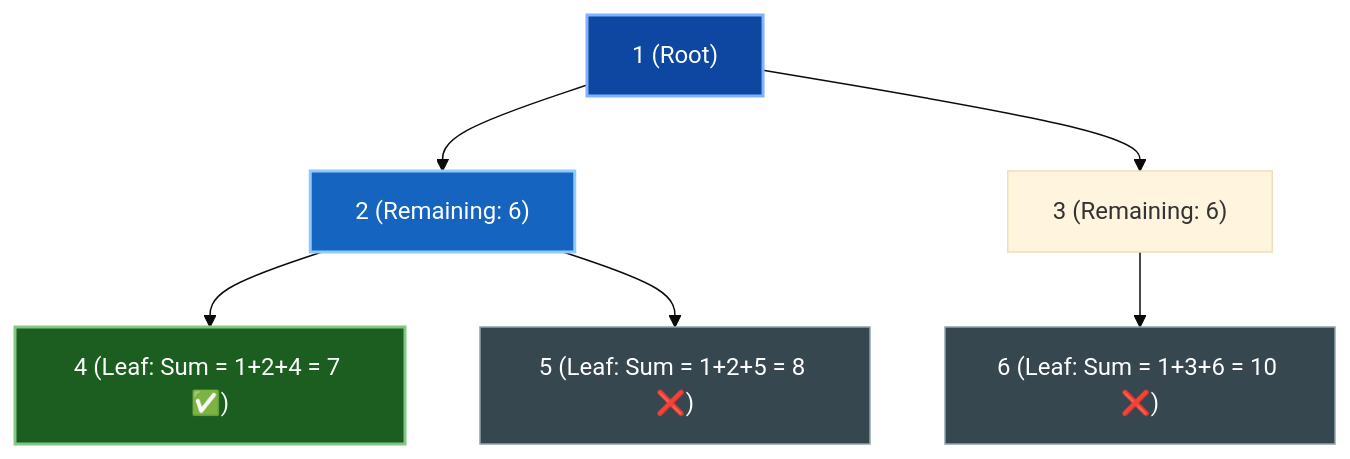
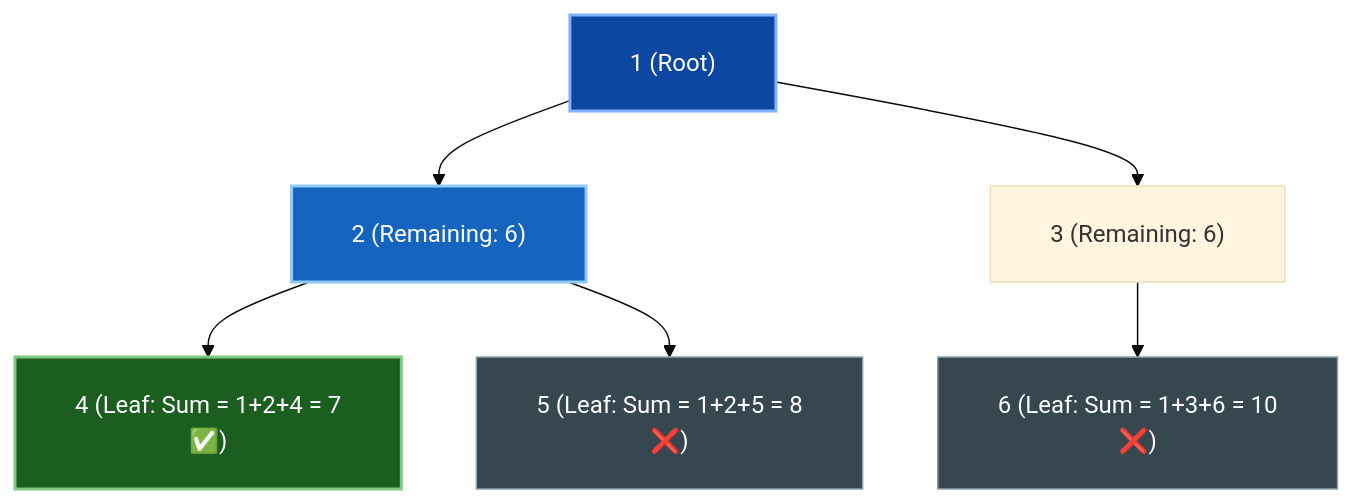
Before and after one commit to dip4k/DSA_102: diagram 16 of 25 in week_07_trees_and_balanced_search_trees/Week_07_Visual_Concepts_Playbook_HYBRID.md, drawn with Mermaid (base theme). The commit also changed other lines of this file and 108 other files, not shown here.

First line of the commit message:
fix(mermaid): resolve diagram clipping, padding, and syntax issues across repo

````diff
--- a/week_07_trees_and_balanced_search_trees/Week_07_Visual_Concepts_Playbook_HYBRID.md
+++ b/week_07_trees_and_balanced_search_trees/Week_07_Visual_Concepts_Playbook_HYBRID.md
@@ -493,13 +508,14 @@
 ```mermaid
+%%{init: {"flowchart": {"htmlLabels": true, "padding": 20}}}%%
 flowchart TD
     N1["1 (Root)"]:::rootNode --> N2["2 (Remaining: 6)"]:::pathNode
     N1 --> N3["3 (Remaining: 6)"]
-    N2 --> N4["4 (Leaf: Sum = 1+2+4 = 7 ✅)"]:::validPath
-    N2 --> N5["5 (Leaf: Sum = 1+2+5 = 8 ❌)"]:::invalidPath
-    N3 --> N6["6 (Leaf: Sum = 1+3+6 = 10 ❌)"]:::invalidPath
+    N2 --> N4["4 (Leaf: Sum = 1+2+4 = 7<br/>✅)"]:::validPath
+    N2 --> N5["5 (Leaf: Sum = 1+2+5 = 8<br/>❌)"]:::invalidPath
+    N3 --> N6["6 (Leaf: Sum = 1+3+6 = 10<br/>❌)"]:::invalidPath
 
     classDef rootNode fill:#0d47a1,stroke:#82b1ff,stroke-width:2px,color:#ffffff
     classDef pathNode fill:#1565c0,stroke:#90caf9,stroke-width:2px,color:#ffffff
     classDef validPath fill:#1b5e20,stroke:#81c784,stroke-width:2px,color:#ffffff
     classDef invalidPath fill:#37474f,stroke:#90a4ae,stroke-width:1px,color:#ffffff
 ```
````
